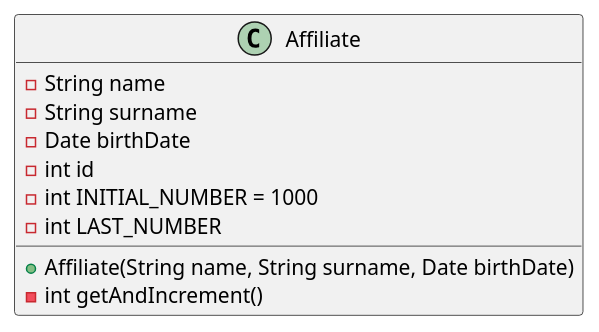
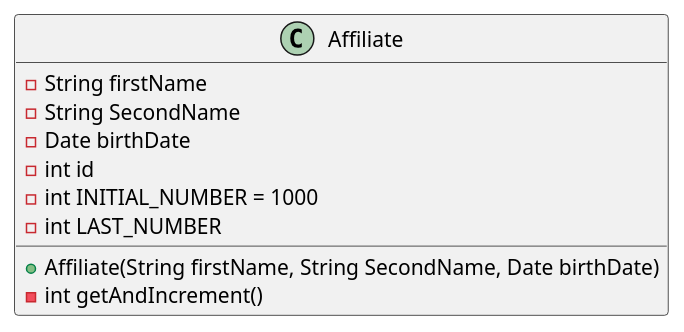
One commit to manubrizu/POO-2025-2Q changed the diagram in src/TP1/ej4/Affiliate.puml. Above: the diagram before and after it, drawn with PlantUML. The commit also changed 2 other files, not shown here.

```diff
--- a/src/TP1/ej4/Affiliate.puml
+++ b/src/TP1/ej4/Affiliate.puml
@@ -1,12 +1,12 @@
 @startuml
 class Affiliate{
-    - String name
-    - String surname
+    - String firstName
+    - String SecondName
     - Date birthDate
     - int id
     - int INITIAL_NUMBER = 1000
     - int LAST_NUMBER
-    + Affiliate(String name, String surname, Date birthDate)
+    + Affiliate(String firstName, String SecondName, Date birthDate)
     - int getAndIncrement()
 }
 @enduml
```
